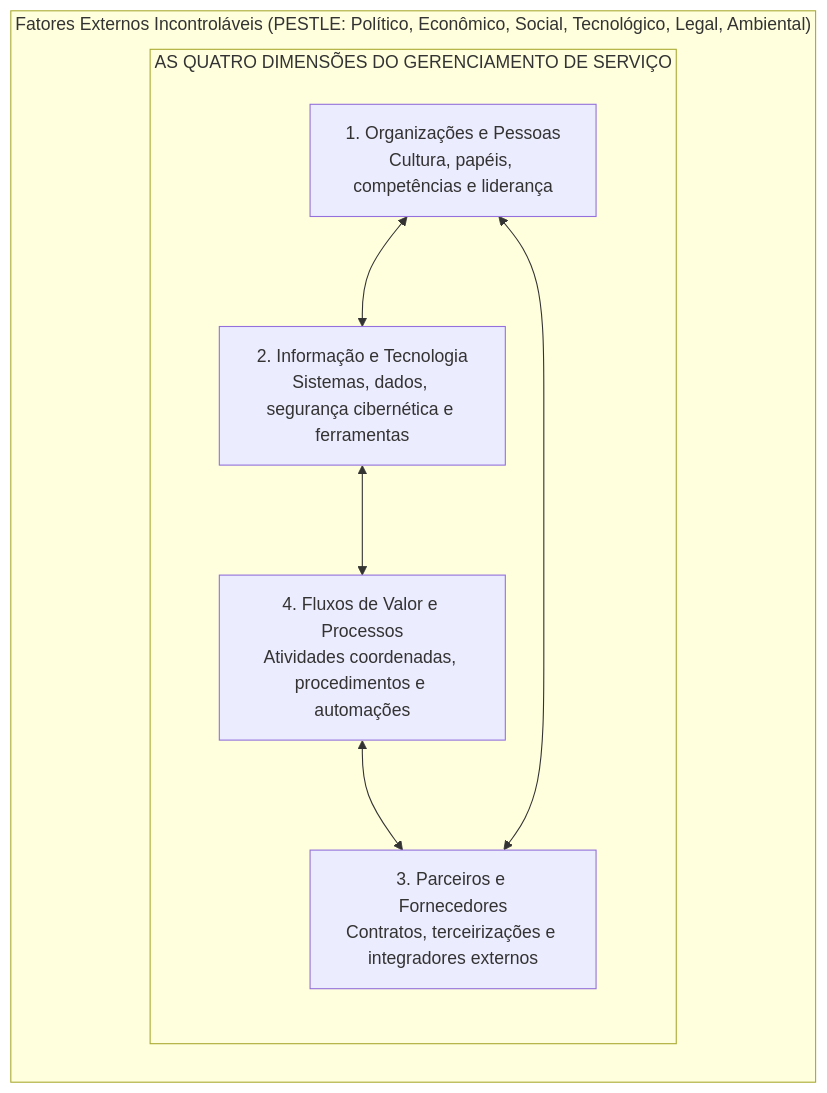
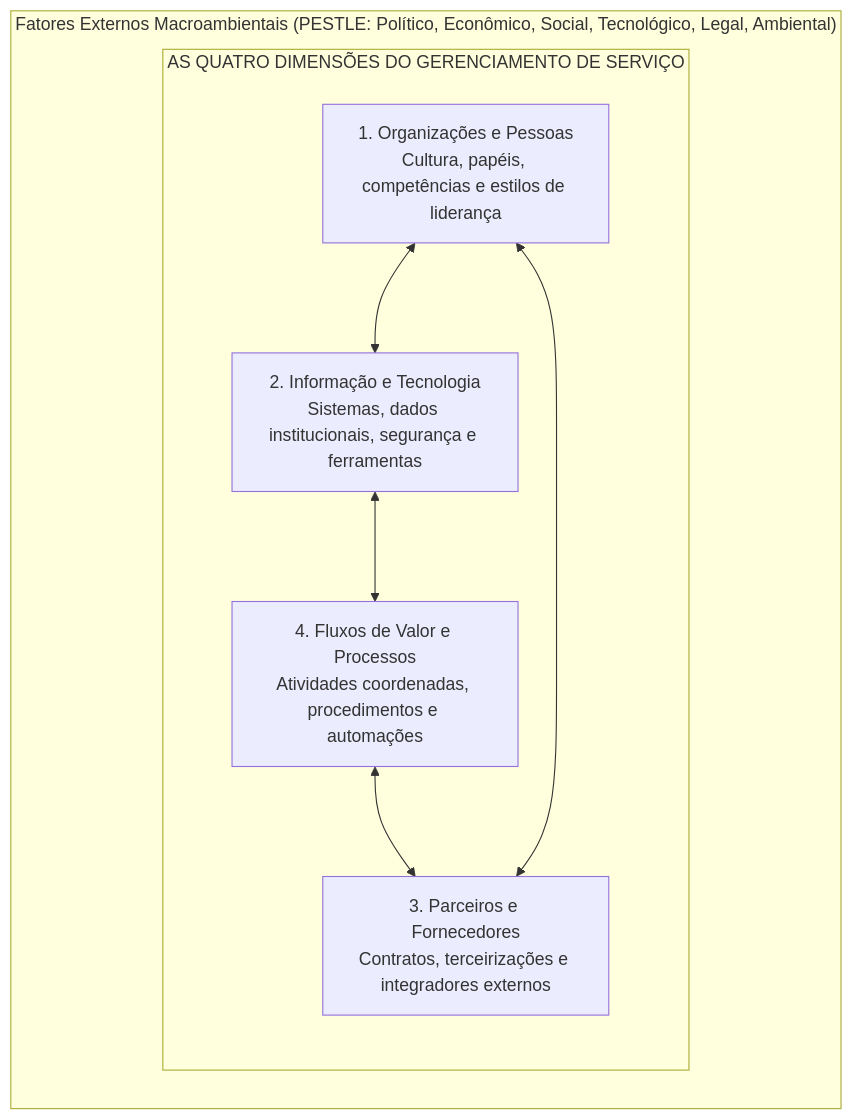
One commit to thiagosantos346/TCE-GO-2027 changed the second of 6 diagrams in fontes_de_estudo/conhecimentos_especificos_b02_ti/12_governanca_de_ti/02_gestao_de_servicos_de_ti_itil_v4.md. Above: the diagram before and after it, drawn with Mermaid. The commit also changed other lines of this file and 119 other files, not shown here.

````diff
--- a/fontes_de_estudo/conhecimentos_especificos_b02_ti/12_governanca_de_ti/02_gestao_de_servicos_de_ti_itil_v4.md
+++ b/fontes_de_estudo/conhecimentos_especificos_b02_ti/12_governanca_de_ti/02_gestao_de_servicos_de_ti_itil_v4.md
@@ -103,16 +80,16 @@
 ```mermaid
 flowchart TD
-    subgraph PESTLE["Fatores Externos Incontroláveis (PESTLE: Político, Econômico, Social, Tecnológico, Legal, Ambiental)"]
+    subgraph PESTLE["Fatores Externos Macroambientais (PESTLE: Político, Econômico, Social, Tecnológico, Legal, Ambiental)"]
         subgraph DIMENSOES["AS QUATRO DIMENSÕES DO GERENCIAMENTO DE SERVIÇO"]
-            D1["1. Organizações e Pessoas<br/>Cultura, papéis, competências e liderança"]
-            D2["2. Informação e Tecnologia<br/>Sistemas, dados, segurança cibernética e ferramentas"]
+            D1["1. Organizações e Pessoas<br/>Cultura, papéis, competências e estilos de liderança"]
+            D2["2. Informação e Tecnologia<br/>Sistemas, dados institucionais, segurança e ferramentas"]
             D3["3. Parceiros e Fornecedores<br/>Contratos, terceirizações e integradores externos"]
             D4["4. Fluxos de Valor e Processos<br/>Atividades coordenadas, procedimentos e automações"]
             
             D1 <--> D2
             D2 <--> D4
             D4 <--> D3
             D3 <--> D1
         end
     end
 ```
````
